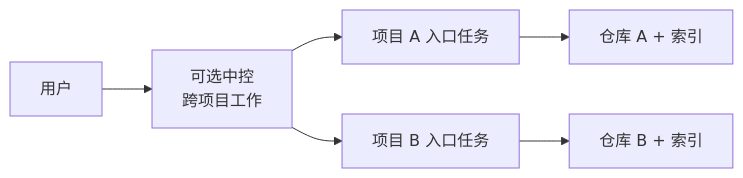
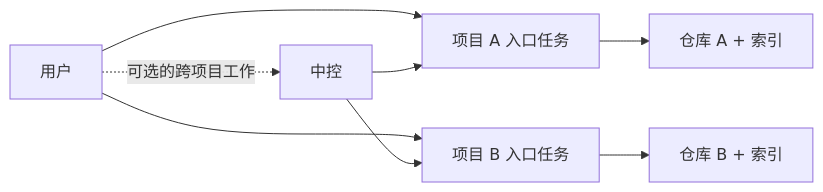
One commit to libaie/onboard-code-projects changed the diagram in README.zh-CN.md. Above: the diagram before and after it, drawn with Mermaid. The commit also changed other lines of this file and 2 other files, not shown here.

````diff
--- a/README.zh-CN.md
+++ b/README.zh-CN.md
@@ -33,8 +46,10 @@
 ```mermaid
 flowchart LR
-    U["用户"] --> C["可选中控<br/>跨项目工作"]
-    C --> A["项目 A 入口任务"]
-    C --> B["项目 B 入口任务"]
+    U["用户"] --> A["项目 A 入口任务"]
+    U --> B["项目 B 入口任务"]
+    U -.->|可选的跨项目工作| C["中控"]
+    C --> A
+    C --> B
     A --> RA["仓库 A + 索引"]
     B --> RB["仓库 B + 索引"]
 ```
````
